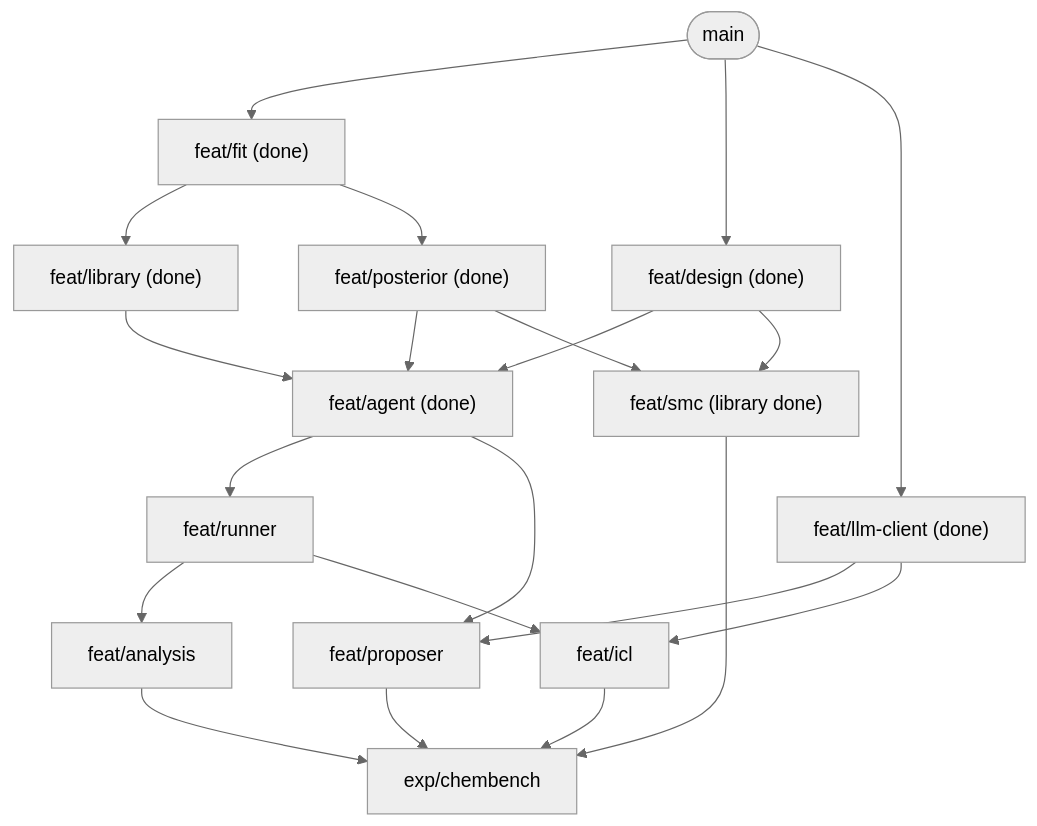
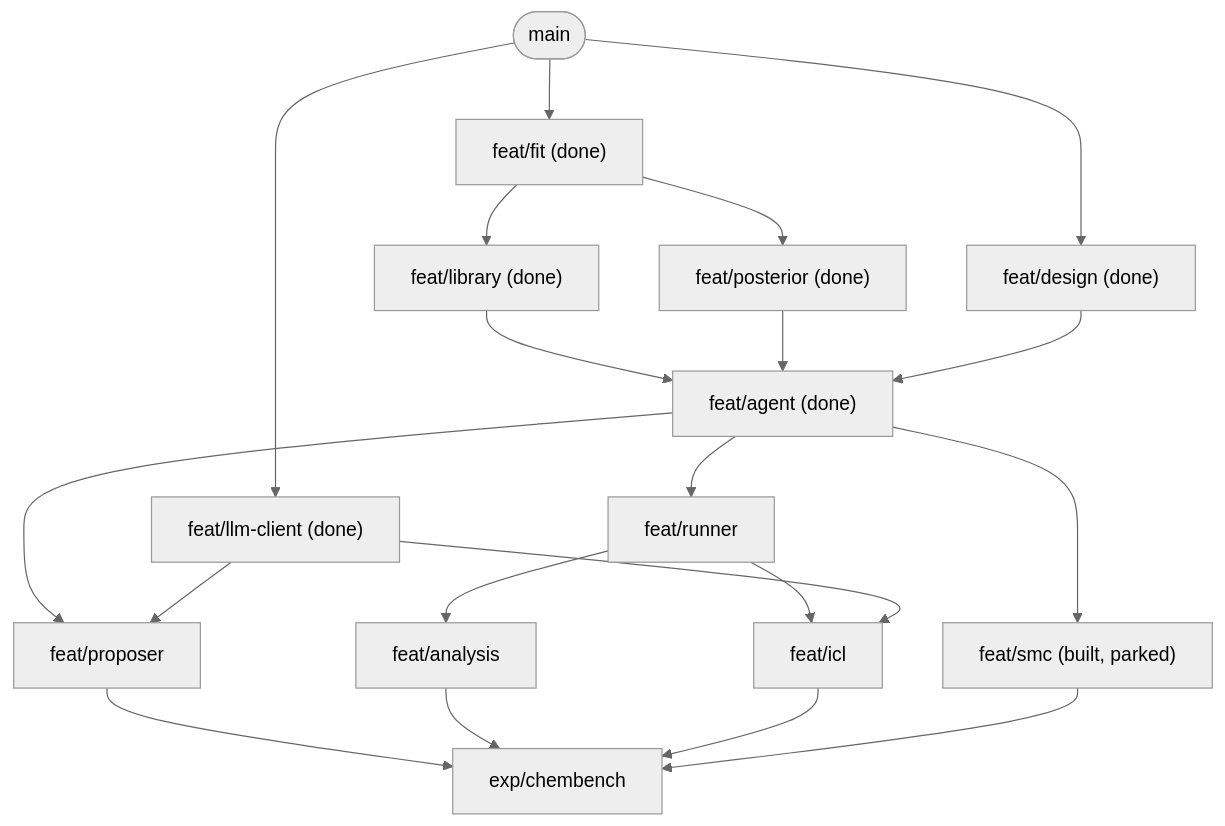
Before and after one commit to yuta0no/mda-impl: the second of 2 diagrams in docs/blueprint.md, drawn with Mermaid (neutral theme). The commit also changed other lines of this file and 1 other file, not shown here.

First line of the commit message:
update: spec and blueprint for the SMC control

````diff
--- a/docs/blueprint.md
+++ b/docs/blueprint.md
@@ -79,23 +79,22 @@
 ```mermaid
 flowchart TD
     main(["main"]) --> fit["feat/fit (done)"]
     fit --> library["feat/library (done)"]
     fit --> posterior["feat/posterior (done)"]
     main --> design["feat/design (done)"]
     main --> llmc["feat/llm-client (done)"]
     library --> agent["feat/agent (done)"]
     posterior --> agent
     design --> agent
     agent --> runner["feat/runner"]
     agent --> proposer["feat/proposer"]
     llmc --> proposer
     runner --> analysis["feat/analysis"]
     runner --> icl["feat/icl"]
     llmc --> icl
-    posterior --> smc["feat/smc (library done)"]
-    design --> smc
+    agent --> smc["feat/smc (built, parked)"]
     proposer --> exp["exp/chembench"]
     analysis --> exp
     icl --> exp
     smc --> exp
 ```
````
